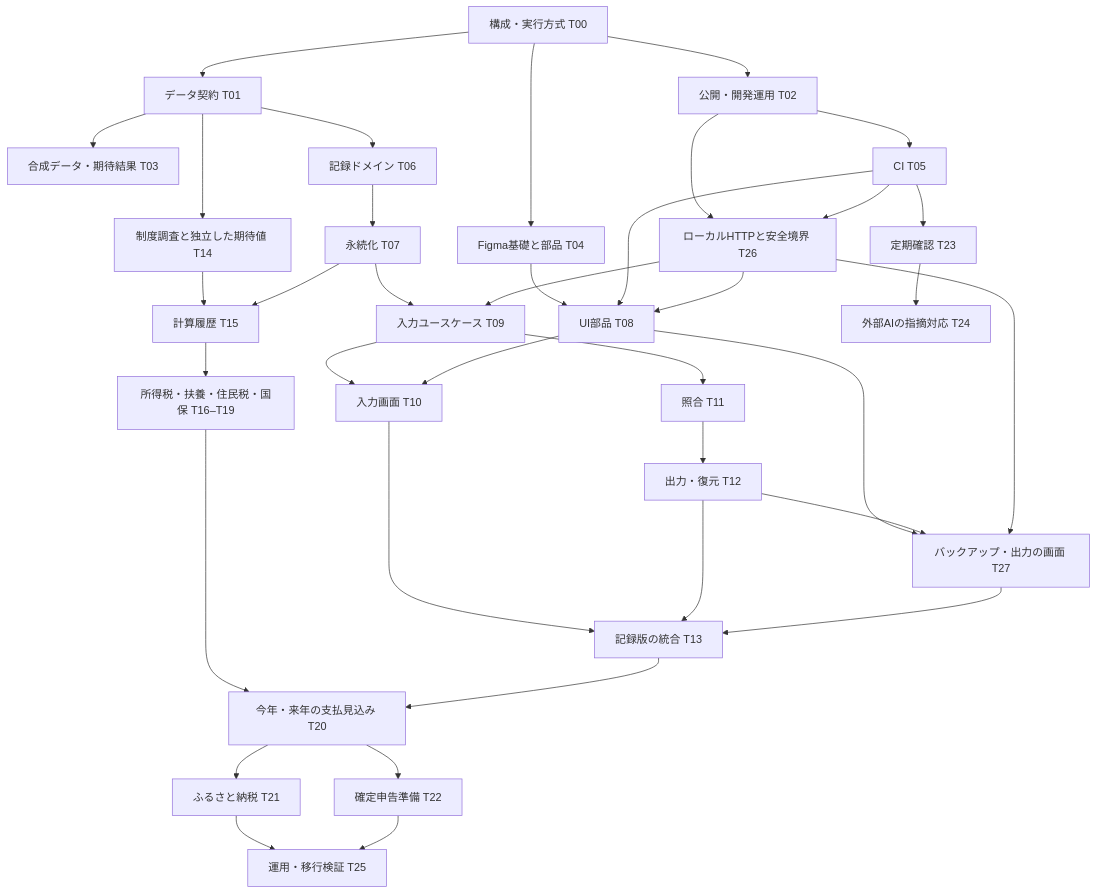
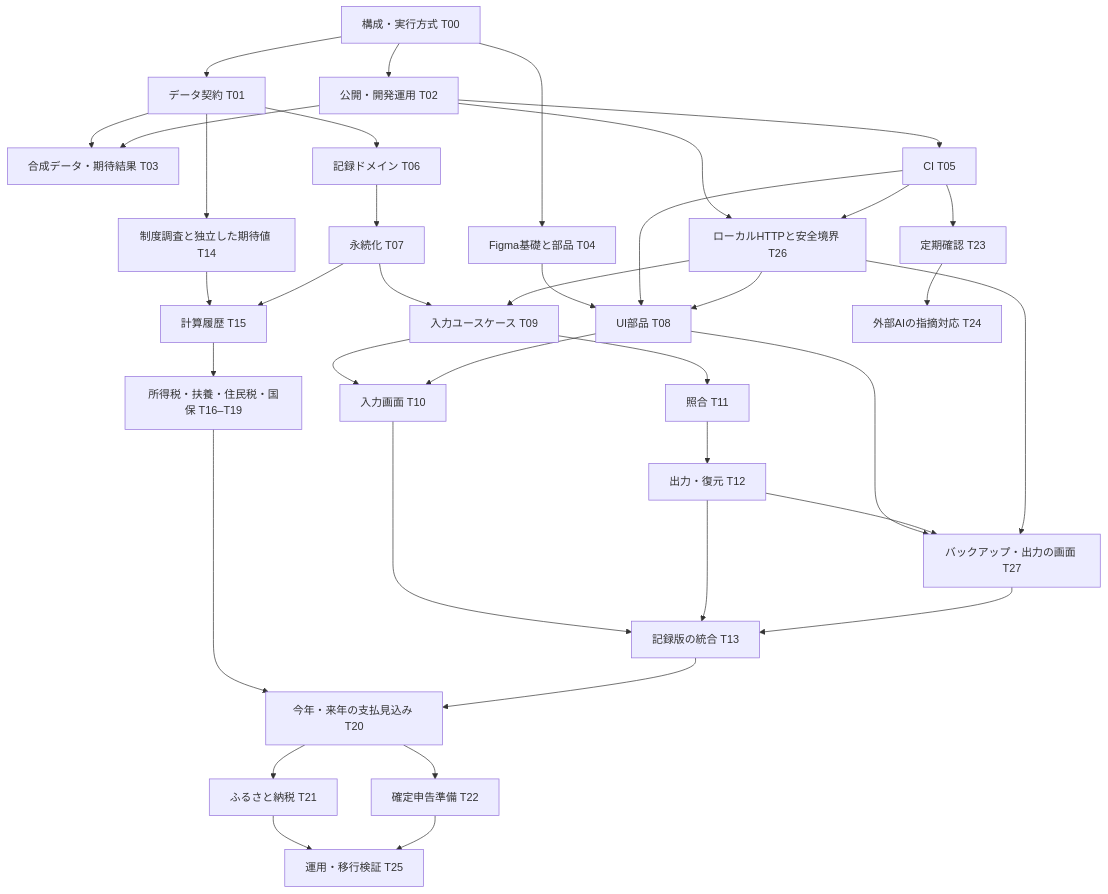
Before and after one commit to doc-gif/kurashi-ledger: the diagram in docs/implementation-plan.md, drawn with Mermaid. The commit also changed 2 other files, not shown here.

Commit message:
docs: exempt only the token exchange from the cookie rule; T03/T04 vs T02
- ADR-0003: the token exchange POST is the single API that accepts the
  valid one-time token instead of a cookie, still under the Host,
  Sec-Fetch-Site, Origin and Content-Type checks; T26 tests it.
- tasks/plan: T03 depends on T02 (synthetic CSV fixtures need the
  .gitignore fix); T04 may work in Figma in parallel but commits images
  under design/ only after T02 fixes .gitignore.

Refs #1

````diff
--- a/docs/implementation-plan.md
+++ b/docs/implementation-plan.md
@@ -28,39 +28,40 @@
 ```mermaid
 flowchart TD
   T00[構成・実行方式 T00] --> T01[データ契約 T01]
   T00 --> T02[公開・開発運用 T02]
   T01 --> T03[合成データ・期待結果 T03]
+  T02 --> T03
   T01 --> T06[記録ドメイン T06]
   T00 --> T04[Figma基礎と部品 T04]
   T04 --> T08[UI部品 T08]
   T02 --> T05[CI T05]
   T05 --> T08
   T06 --> T07[永続化 T07]
   T07 --> T09[入力ユースケース T09]
   T02 --> T26[ローカルHTTPと安全境界 T26]
   T05 --> T26
   T26 --> T09
   T26 --> T08
   T09 --> T10[入力画面 T10]
   T08 --> T10
   T09 --> T11[照合 T11]
   T11 --> T12[出力・復元 T12]
   T08 --> T27[バックアップ・出力の画面 T27]
   T12 --> T27
   T26 --> T27
   T10 --> T13[記録版の統合 T13]
   T12 --> T13
   T27 --> T13
   T01 --> T14[制度調査と独立した期待値 T14]
   T14 --> T15[計算履歴 T15]
   T07 --> T15
   T15 --> CALC[所得税・扶養・住民税・国保 T16–T19]
   CALC --> T20[今年・来年の支払見込み T20]
   T13 --> T20
   T20 --> T21[ふるさと納税 T21]
   T20 --> T22[確定申告準備 T22]
   T05 --> T23[定期確認 T23]
   T23 --> T24[外部AIの指摘対応 T24]
   T21 --> T25[運用・移行検証 T25]
   T22 --> T25
 ```
````
